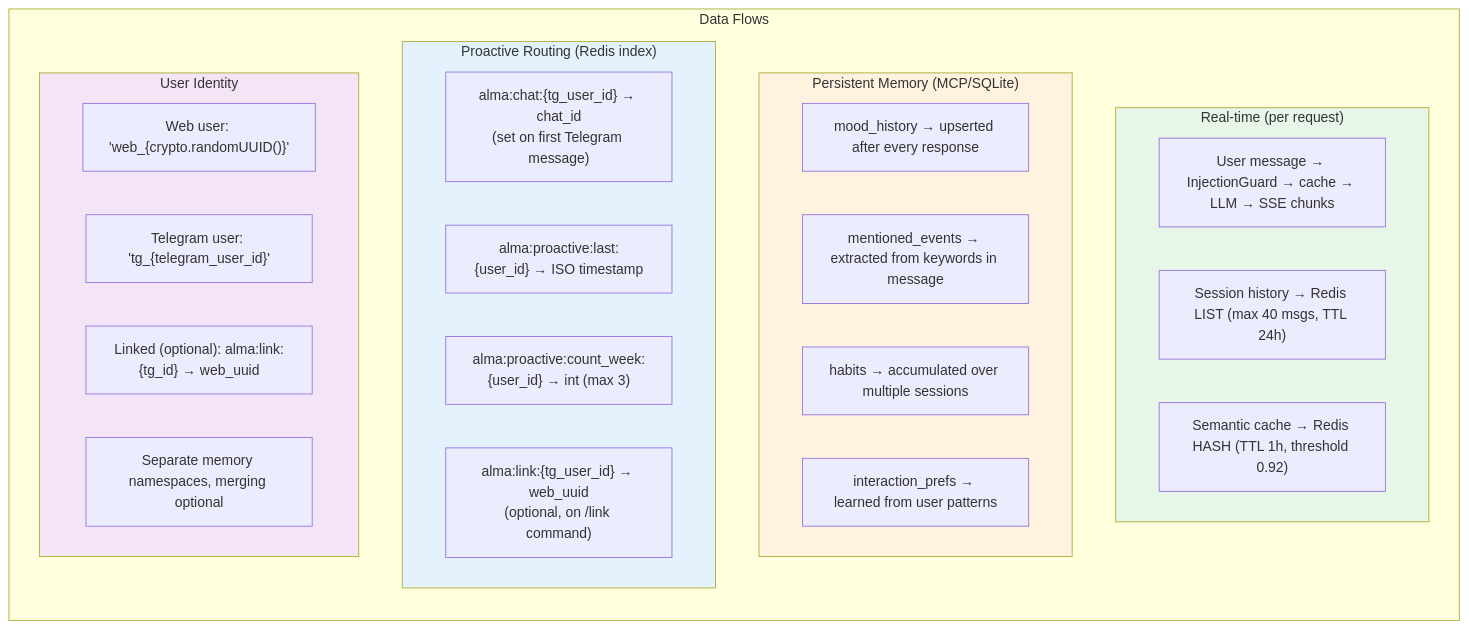
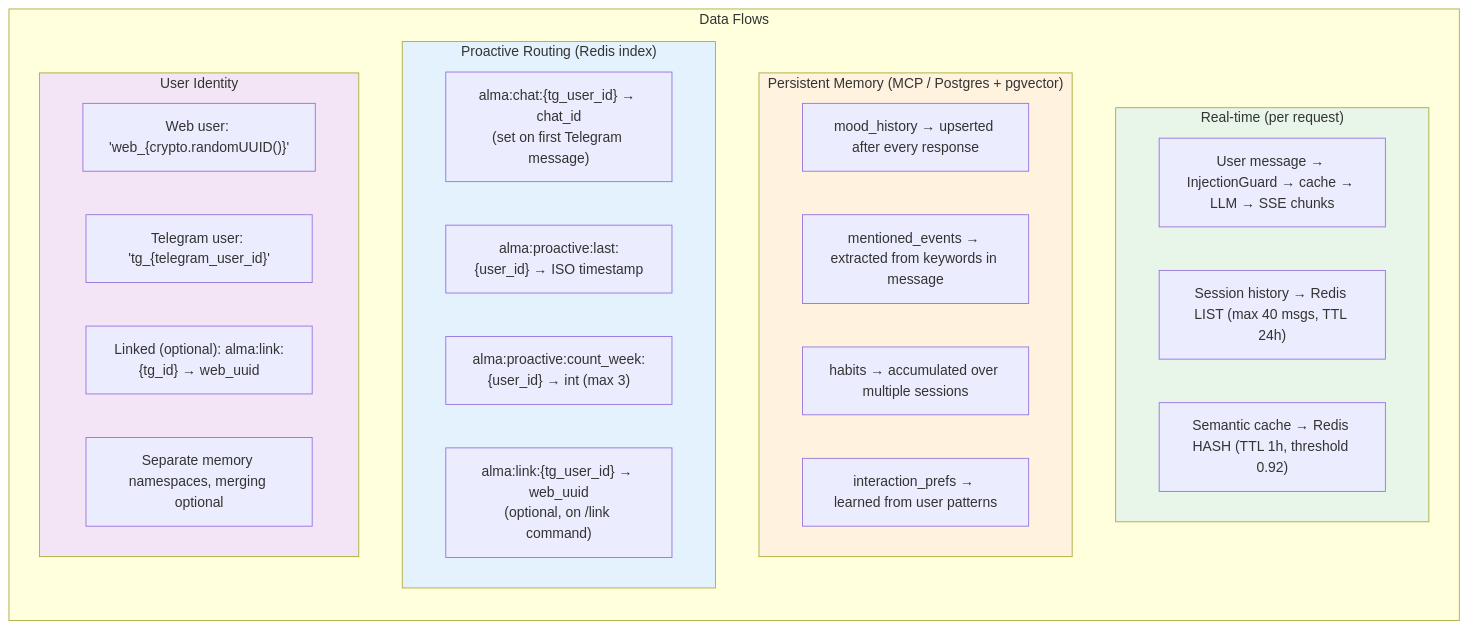
One commit to iDeepBrain/claude-hackathon-alma changed the diagram in diagrams/09-data-flows.md. Above: the diagram before and after it, drawn with Mermaid. The commit also changed other lines of this file and 2 other files, not shown here.

Commit message:
docs: fix residual SQLite/scheduler drift in privacy, architecture, data-flows

````diff
--- a/diagrams/09-data-flows.md
+++ b/diagrams/09-data-flows.md
@@ -5,38 +5,38 @@
 ```mermaid
 graph LR
     subgraph DATA["Data Flows"]
         direction TB
 
         subgraph REALTIME["Real-time (per request)"]
             R1["User message → InjectionGuard → cache → LLM → SSE chunks"]
             R2["Session history → Redis LIST (max 40 msgs, TTL 24h)"]
             R3["Semantic cache → Redis HASH (TTL 1h, threshold 0.92)"]
         end
 
-        subgraph MEMORY["Persistent Memory (MCP/SQLite)"]
+        subgraph MEMORY["Persistent Memory (MCP / Postgres + pgvector)"]
             M1["mood_history → upserted after every response"]
             M2["mentioned_events → extracted from keywords in message"]
             M3["habits → accumulated over multiple sessions"]
             M4["interaction_prefs → learned from user patterns"]
         end
 
         subgraph PROACTIVE["Proactive Routing (Redis index)"]
             P1["alma:chat:{tg_user_id} → chat_id\n(set on first Telegram message)"]
             P2["alma:proactive:last:{user_id} → ISO timestamp"]
             P3["alma:proactive:count_week:{user_id} → int (max 3)"]
             P4["alma:link:{tg_user_id} → web_uuid\n(optional, on /link command)"]
         end
 
         subgraph IDENTITY["User Identity"]
             I1["Web user: 'web_{crypto.randomUUID()}'"]
             I2["Telegram user: 'tg_{telegram_user_id}'"]
             I3["Linked (optional): alma:link:{tg_id} → web_uuid"]
             I4["Separate memory namespaces, merging optional"]
         end
     end
 
     style REALTIME fill:#e8f5e9
     style MEMORY fill:#fff3e0
     style PROACTIVE fill:#e3f2fd
     style IDENTITY fill:#f3e5f5
 ```
````
